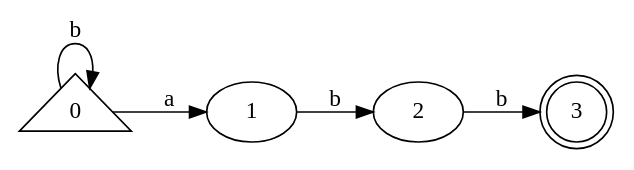
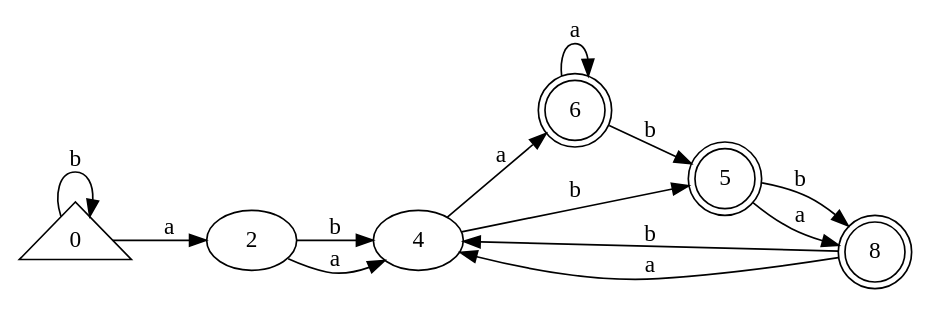
Before and after one commit to guillermoSb/UVG_Compis1_Lab: the diagram in automaton.gv, drawn with Graphviz. The commit also changed 4 other files, not shown here.

```diff
--- a/automaton.gv
+++ b/automaton.gv
@@ -1,11 +1,21 @@
 digraph {
 	graph [rankdir=LR]
 	0 [shape=triangle]
-	1
 	2
-	3 [shape=doublecircle]
+	4
+	6 [shape=doublecircle]
+	5 [shape=doublecircle]
+	8 [shape=doublecircle]
 	0 -> 0 [label=b]
-	0 -> 1 [label=a]
-	1 -> 2 [label=b]
-	2 -> 3 [label=b]
+	0 -> 2 [label=a]
+	2 -> 4 [label=b]
+	2 -> 4 [label=a]
+	4 -> 5 [label=b]
+	4 -> 6 [label=a]
+	6 -> 5 [label=b]
+	6 -> 6 [label=a]
+	5 -> 8 [label=b]
+	5 -> 8 [label=a]
+	8 -> 4 [label=b]
+	8 -> 4 [label=a]
 }
```
